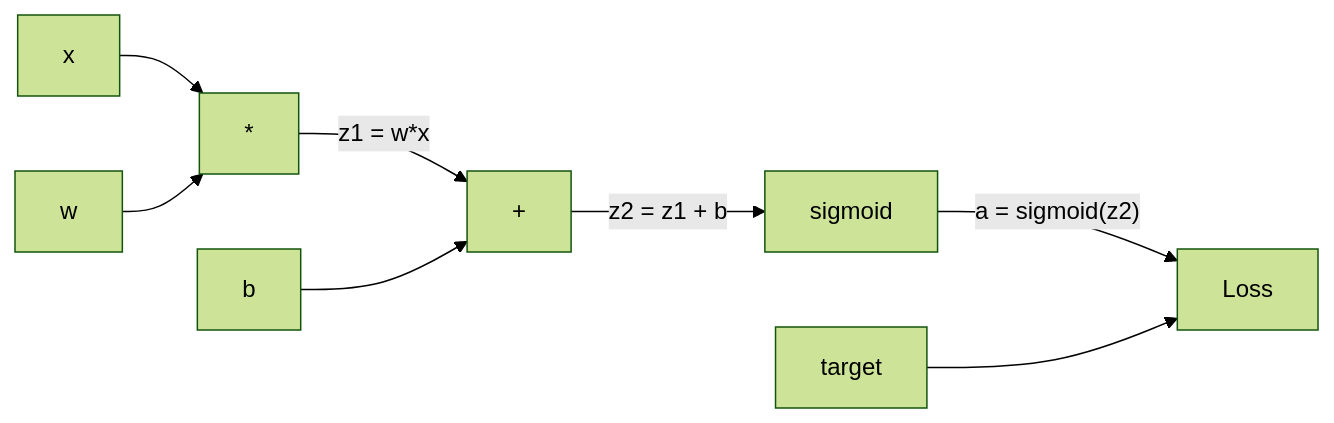
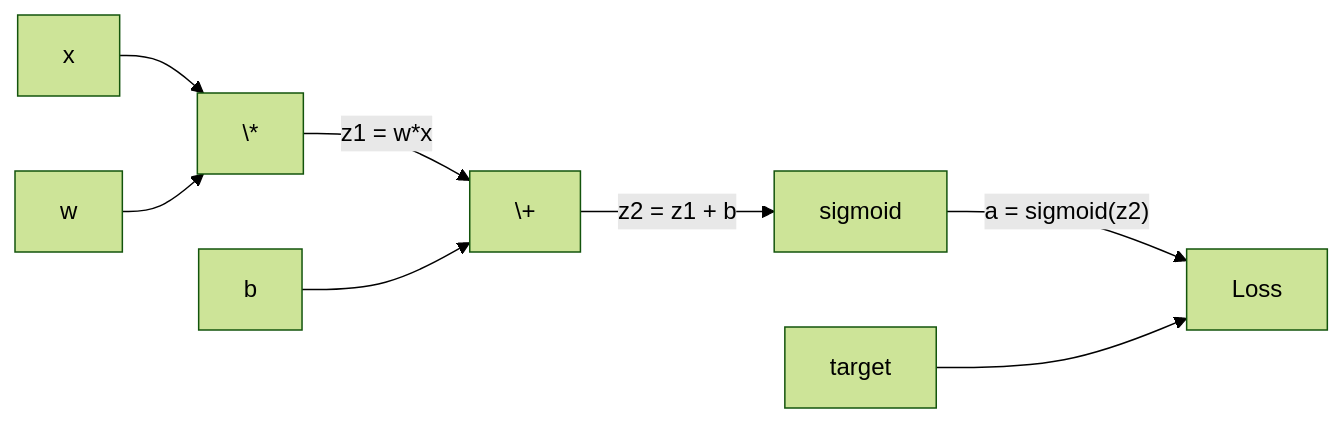
One commit to MyGodOnLoad/ai-engineering-zh changed the first of 3 diagrams in phases/03-deep-learning-core/03-backpropagation/docs/zh.md. Above: the diagram before and after it, drawn with Mermaid (forest theme). The commit also changed 1 other file, not shown here.

Commit message:
docs: add backlink to Value class note in zh.md

````diff
--- a/phases/03-deep-learning-core/03-backpropagation/docs/zh.md
+++ b/phases/03-deep-learning-core/03-backpropagation/docs/zh.md
@@ -48,10 +48,10 @@
 ```mermaid
 graph LR
-    x["x"] --> mul["*"]
+    x["x"] --> mul["\*"]
     w["w"] --> mul
-    mul -->|"z1 = w*x"| add["+"]
+    mul -->|"z1 = w*x"| add["\+"]
     b["b"] --> add
     add -->|"z2 = z1 + b"| sig["sigmoid"]
     sig -->|"a = sigmoid(z2)"| loss["Loss"]
     y["target"] --> loss
 ```
````
